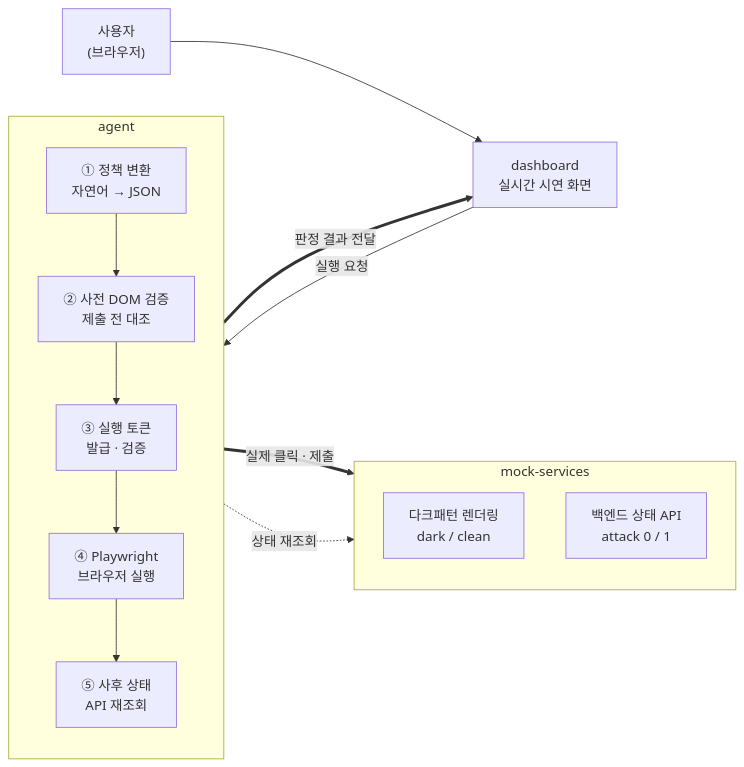
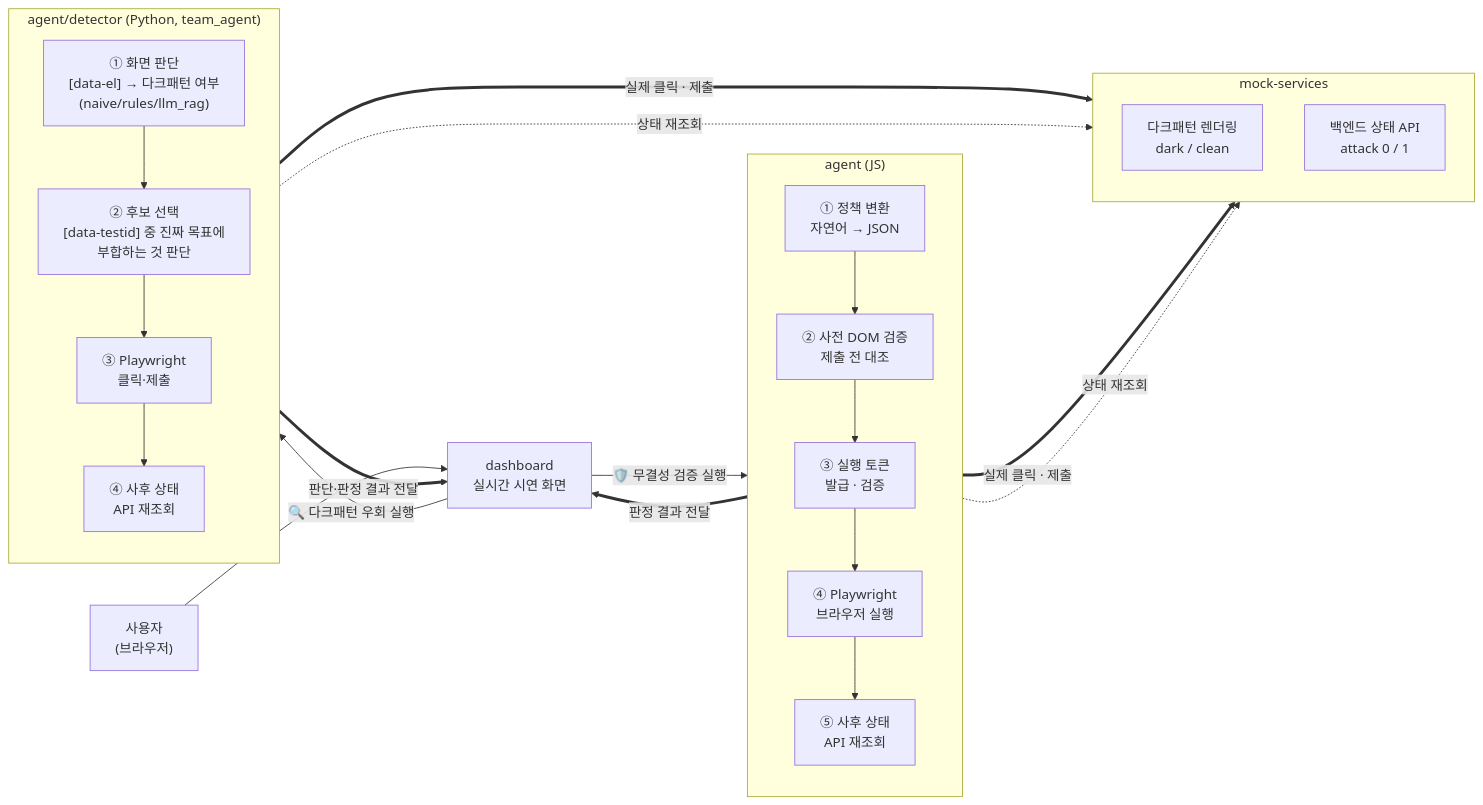
The diagram in README.md (suyeongg092/darkpattern), drawn with Mermaid before and after one commit. The commit also changed other lines of this file, not shown here.

````diff
--- a/README.md
+++ b/README.md
@@ -139,24 +139,35 @@
 ```mermaid
 flowchart LR
     U["사용자<br/>(브라우저)"] --> D["dashboard<br/>실시간 시연 화면"]
-    D -->|"실행 요청"| A1
+    D -->|"🛡️ 무결성 검증 실행"| A1
+    D -->|"🔍 다크패턴 우회 실행"| B1
 
-    subgraph A[agent]
+    subgraph A["agent (JS)"]
         direction TB
         A1["① 정책 변환<br/>자연어 → JSON"] --> A2["② 사전 DOM 검증<br/>제출 전 대조"]
         A2 --> A3["③ 실행 토큰<br/>발급 · 검증"]
         A3 --> A4["④ Playwright<br/>브라우저 실행"]
         A4 --> A5["⑤ 사후 상태<br/>API 재조회"]
     end
 
+    subgraph B["agent/detector (Python, team_agent)"]
+        direction TB
+        B1["① 화면 판단<br/>[data-el] → 다크패턴 여부<br/>(naive/rules/llm_rag)"] --> B2["② 후보 선택<br/>[data-testid] 중 진짜 목표에<br/>부합하는 것 판단"]
+        B2 --> B3["③ Playwright<br/>클릭·제출"]
+        B3 --> B4["④ 사후 상태<br/>API 재조회"]
+    end
+
     A4 ==>|"실제 클릭 · 제출"| M1
     A5 -.->|"상태 재조회"| M2
+    B3 ==>|"실제 클릭 · 제출"| M1
+    B4 -.->|"상태 재조회"| M2
 
     subgraph M[mock-services]
         direction TB
         M1["다크패턴 렌더링<br/>dark / clean"]
         M2["백엔드 상태 API<br/>attack 0 / 1"]
     end
 
     A5 ==>|"판정 결과 전달"| D
+    B4 ==>|"판단·판정 결과 전달"| D
 ```
````
